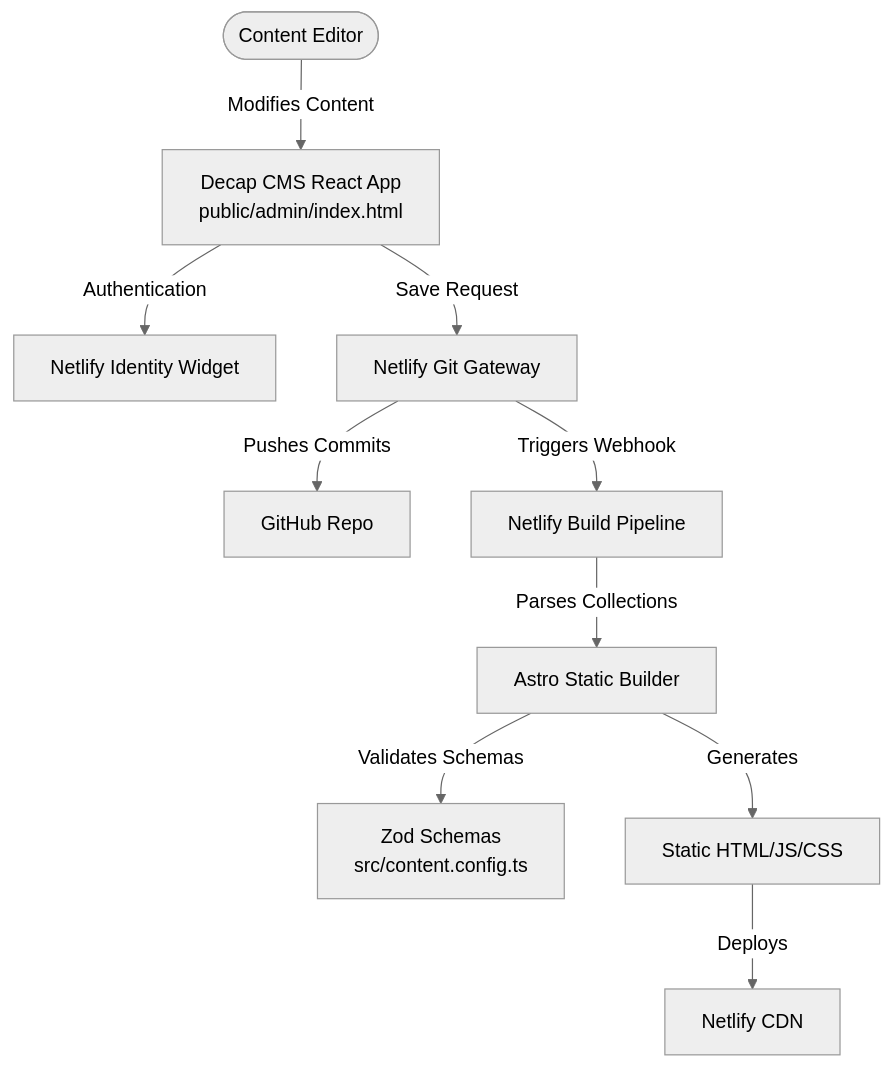
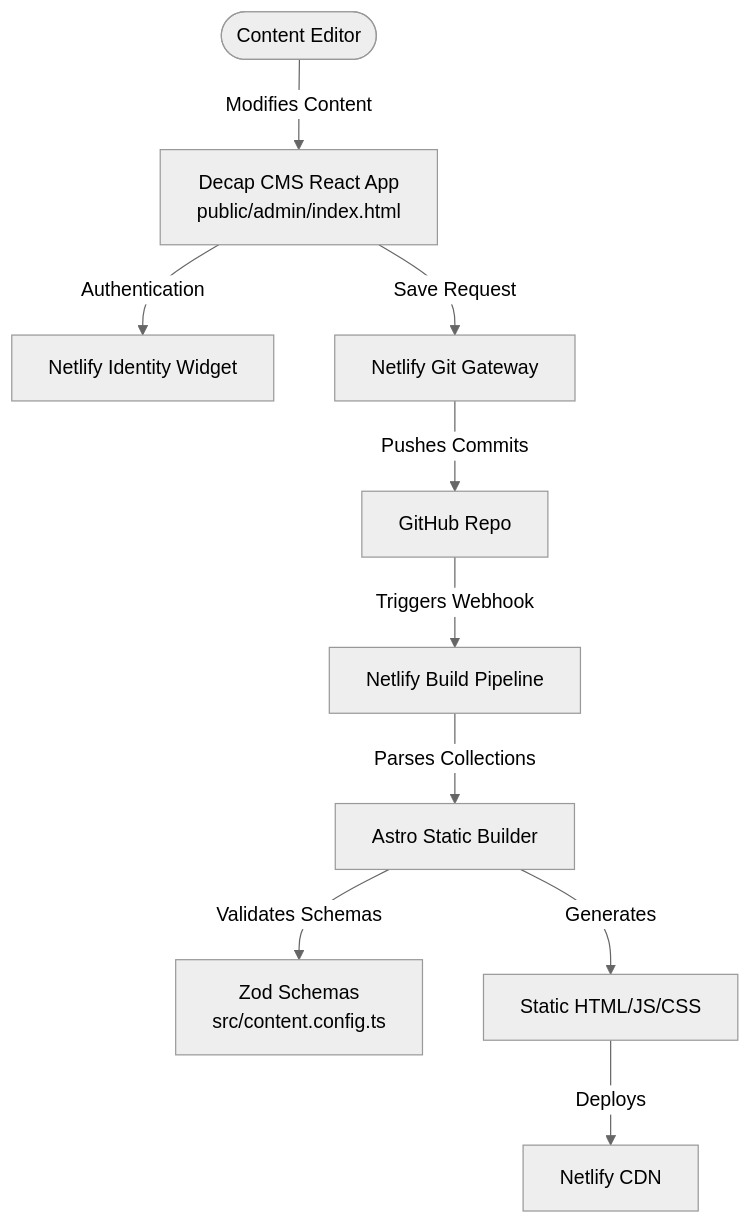
The diagram in REFACTOR_SPEC.md (AshwathsPlayground/astro-bistro-decap-cms), drawn with Mermaid (neutral theme) before and after one commit. The commit also changed other lines of this file and 1 other file, not shown here.

````diff
--- a/REFACTOR_SPEC.md
+++ b/REFACTOR_SPEC.md
@@ -9,12 +9,12 @@
 ```mermaid
 graph TD
     User([Content Editor]) -->|Modifies Content| DecapApp[Decap CMS React App<br>public/admin/index.html]
     DecapApp -->|Authentication| NetlifyIdentity[Netlify Identity Widget]
     DecapApp -->|Save Request| GitGateway[Netlify Git Gateway]
     GitGateway -->|Pushes Commits| GitHub[GitHub Repo]
-    GitGateway -->|Triggers Webhook| NetlifyBuild[Netlify Build Pipeline]
+    GitHub -->|Triggers Webhook| NetlifyBuild[Netlify Build Pipeline]
     NetlifyBuild -->|Parses Collections| AstroBuild[Astro Static Builder]
     AstroBuild -->|Validates Schemas| Zod[Zod Schemas<br>src/content.config.ts]
     AstroBuild -->|Generates| StaticFiles[Static HTML/JS/CSS]
     StaticFiles -->|Deploys| CDN[Netlify CDN]
 ```
````
